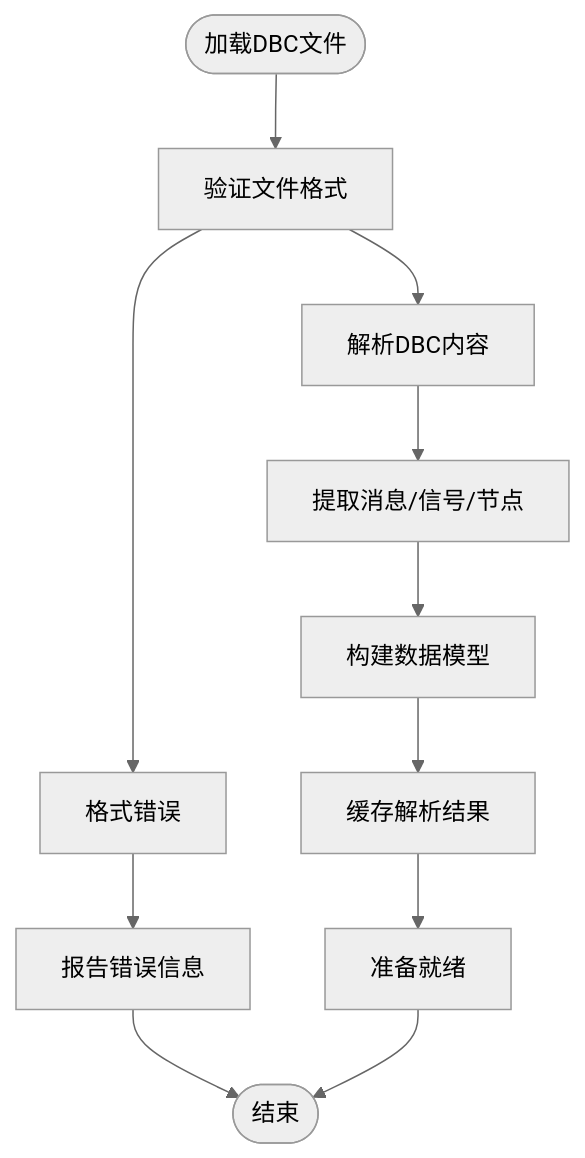
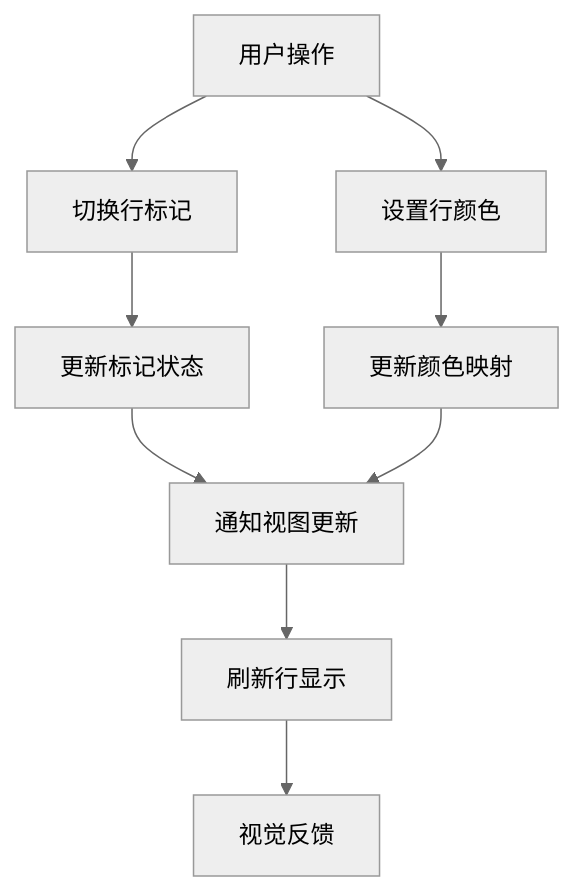
Before and after one commit to jakecai1225-design/OpenBus: the fifth of 7 diagrams in .qoder/repowiki/zh/content/项目概述/CAN总线分析工具.md, drawn with Mermaid (neutral theme). The commit also changed other lines of this file and 13 other files, not shown here.

````diff
--- a/.qoder/repowiki/zh/content/项目概述/CAN总线分析工具.md
+++ b/.qoder/repowiki/zh/content/项目概述/CAN总线分析工具.md
@@ -492,13 +515,11 @@
 ```mermaid
 flowchart TD
-Start(["加载DBC文件"]) --> Validate["验证文件格式"]
-Validate --> Parse["解析DBC内容"]
-Parse --> Extract["提取消息/信号/节点"]
-Extract --> Build["构建数据模型"]
-Build --> Cache["缓存解析结果"]
-Cache --> Ready["准备就绪"]
-Validate --> Error["格式错误"]
-Error --> Report["报告错误信息"]
-Report --> End(["结束"])
-Ready --> End
+UserAction["用户操作"] --> ToggleMark["切换行标记"]
+UserAction --> SetColor["设置行颜色"]
+ToggleMark --> UpdateState["更新标记状态"]
+SetColor --> UpdateColor["更新颜色映射"]
+UpdateState --> NotifyView["通知视图更新"]
+UpdateColor --> NotifyView
+NotifyView --> Refresh["刷新行显示"]
+Refresh --> VisualFeedback["视觉反馈"]
 ```
````
